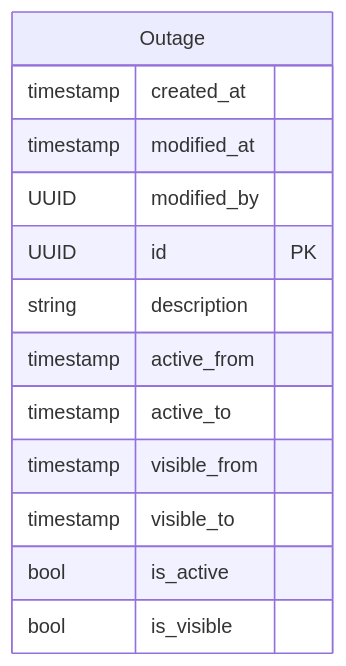
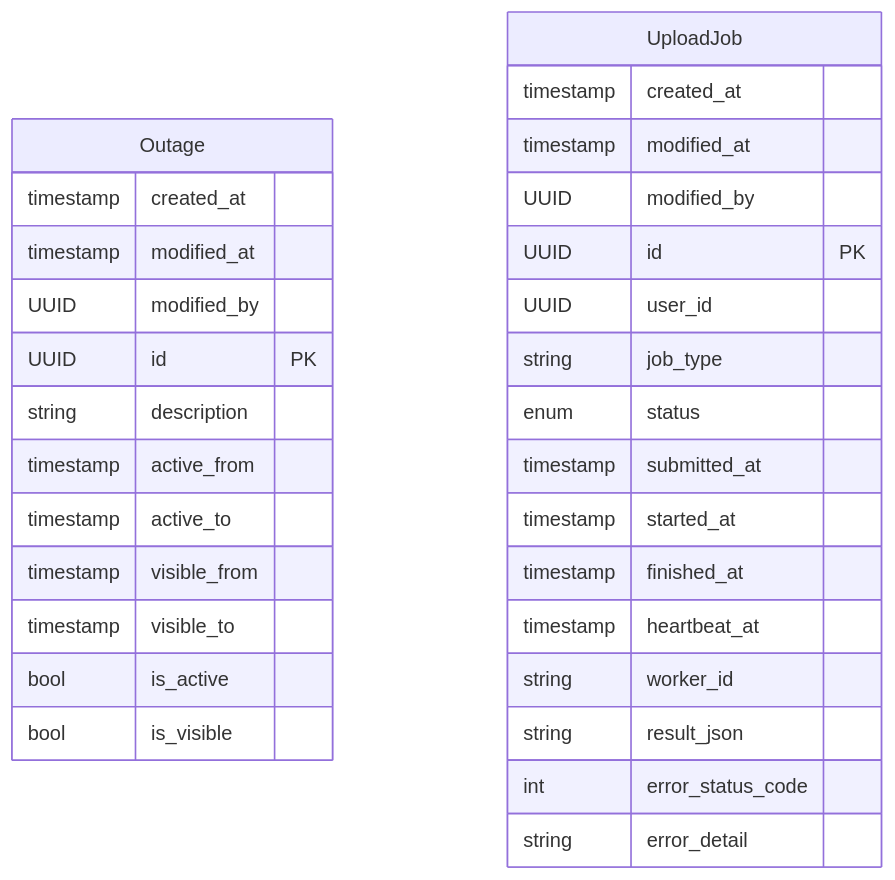
Before and after one commit to RIVM-bioinformatics/gen-epix-api: the diagram in docs/erm/seqdb.system.detailed.md, drawn with Mermaid. The commit also changed other lines of this file and 79 other files, not shown here.

````diff
--- a/docs/erm/seqdb.system.detailed.md
+++ b/docs/erm/seqdb.system.detailed.md
@@ -5,20 +5,38 @@
 ```mermaid
 erDiagram
     %% seqdb / SYSTEM (detailed)
 
     %% Entity definitions
     Outage {
         timestamp created_at
         timestamp modified_at
         UUID modified_by
         UUID id PK
         string description
         timestamp active_from
         timestamp active_to
         timestamp visible_from
         timestamp visible_to
         bool is_active
         bool is_visible
     }
 
+    UploadJob {
+        timestamp created_at
+        timestamp modified_at
+        UUID modified_by
+        UUID id PK
+        UUID user_id
+        string job_type
+        enum status
+        timestamp submitted_at
+        timestamp started_at
+        timestamp finished_at
+        timestamp heartbeat_at
+        string worker_id
+        string result_json
+        int error_status_code
+        string error_detail
+    }
+
 ```
````
